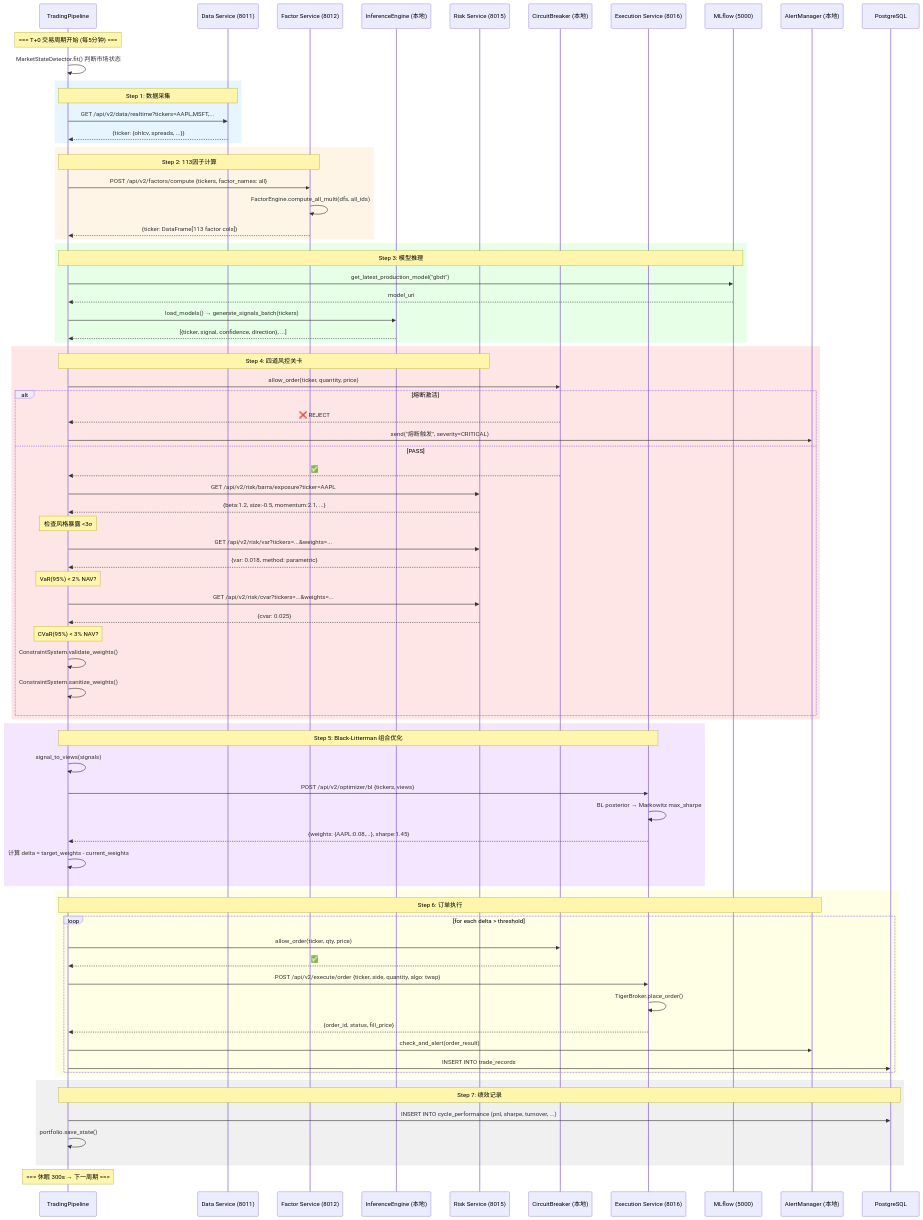
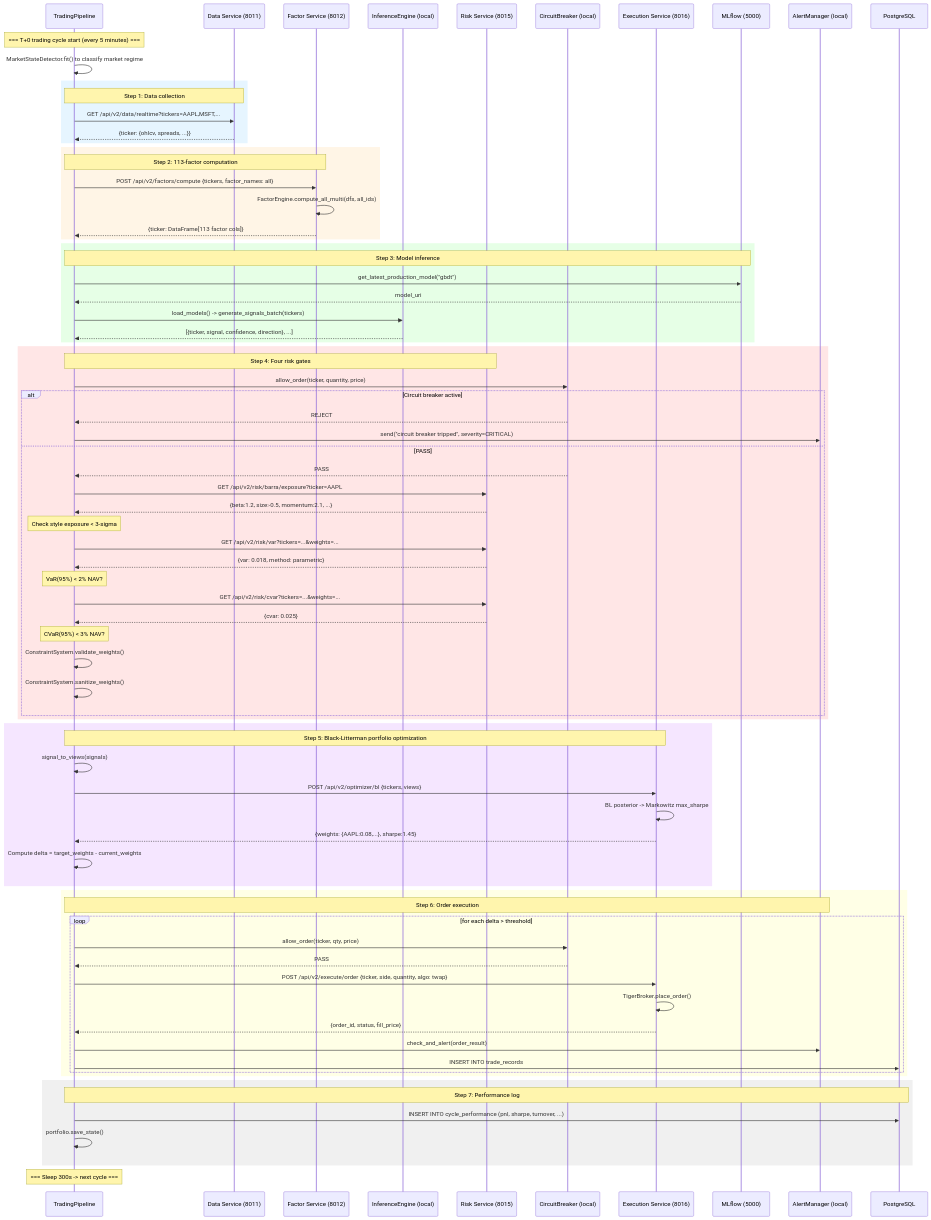
One commit to AndrewMa1992/quant-ai-trader changed the first of 2 diagrams in docs/IMPROVEMENT-PLAN.md. Above: the diagram before and after it, drawn with Mermaid. The commit also changed other lines of this file and 130 other files, not shown here.

````diff
--- a/docs/IMPROVEMENT-PLAN.md
+++ b/docs/IMPROVEMENT-PLAN.md
@@ -242,52 +242,52 @@
     participant Pipeline as TradingPipeline
     participant DataSvc as Data Service (8011)
     participant FactorSvc as Factor Service (8012)
-    participant InferEng as InferenceEngine (本地)
+    participant InferEng as InferenceEngine (local)
     participant RiskSvc as Risk Service (8015)
-    participant CB as CircuitBreaker (本地)
+    participant CB as CircuitBreaker (local)
     participant ExecSvc as Execution Service (8016)
     participant MLflow as MLflow (5000)
-    participant AlertMgr as AlertManager (本地)
+    participant AlertMgr as AlertManager (local)
     participant DB as PostgreSQL
 
-    Note over Pipeline: === T+0 交易周期开始 (每5分钟) ===
+    Note over Pipeline: === T+0 trading cycle start (every 5 minutes) ===
 
-    Pipeline->>Pipeline: MarketStateDetector.fit() 判断市场状态
+    Pipeline->>Pipeline: MarketStateDetector.fit() to classify market regime
 
     rect rgb(230, 245, 255)
-        Note over Pipeline,DataSvc: Step 1: 数据采集
+        Note over Pipeline,DataSvc: Step 1: Data collection
         Pipeline->>DataSvc: GET /api/v2/data/realtime?tickers=AAPL,MSFT,...
         DataSvc-->>Pipeline: {ticker: {ohlcv, spreads, ...}}
     end
 
     rect rgb(255, 245, 230)
-        Note over Pipeline,FactorSvc: Step 2: 113因子计算
+        Note over Pipeline,FactorSvc: Step 2: 113-factor computation
         Pipeline->>FactorSvc: POST /api/v2/factors/compute {tickers, factor_names: all}
         FactorSvc->>FactorSvc: FactorEngine.compute_all_multi(dfs, all_ids)
         FactorSvc-->>Pipeline: {ticker: DataFrame[113 factor cols]}
     end
 
     rect rgb(230, 255, 230)
-        Note over Pipeline,MLflow: Step 3: 模型推理
+        Note over Pipeline,MLflow: Step 3: Model inference
         Pipeline->>MLflow: get_latest_production_model("gbdt")
         MLflow-->>Pipeline: model_uri
-        Pipeline->>InferEng: load_models() → generate_signals_batch(tickers)
+        Pipeline->>InferEng: load_models() -> generate_signals_batch(tickers)
         InferEng-->>Pipeline: [{ticker, signal, confidence, direction}, ...]
     end
 
     rect rgb(255, 230, 230)
-        Note over Pipeline,RiskSvc: Step 4: 四道风控关卡
+        Note over Pipeline,RiskSvc: Step 4: Four risk gates
 
         Pipeline->>CB: allow_order(ticker, quantity, price)
-        alt 熔断激活
-            CB-->>Pipeline: ❌ REJECT
-            Pipeline->>AlertMgr: send("熔断触发", severity=CRITICAL)
+        alt Circuit breaker active
+            CB-->>Pipeline: REJECT
+            Pipeline->>AlertMgr: send("circuit breaker tripped", severity=CRITICAL)
         else PASS
-            CB-->>Pipeline: ✅
+            CB-->>Pipeline: PASS
 
             Pipeline->>RiskSvc: GET /api/v2/risk/barra/exposure?ticker=AAPL
             RiskSvc-->>Pipeline: {beta:1.2, size:-0.5, momentum:2.1, ...}
-            Note over Pipeline: 检查风格暴露 <3σ
+            Note over Pipeline: Check style exposure < 3-sigma
 
             Pipeline->>RiskSvc: GET /api/v2/risk/var?tickers=...&weights=...
             RiskSvc-->>Pipeline: {var: 0.018, method: parametric}
@@ -303,19 +303,19 @@
     end
 
     rect rgb(245, 230, 255)
-        Note over Pipeline,ExecSvc: Step 5: Black-Litterman 组合优化
+        Note over Pipeline,ExecSvc: Step 5: Black-Litterman portfolio optimization
         Pipeline->>Pipeline: signal_to_views(signals)
         Pipeline->>ExecSvc: POST /api/v2/optimizer/bl {tickers, views}
-        ExecSvc->>ExecSvc: BL posterior → Markowitz max_sharpe
+        ExecSvc->>ExecSvc: BL posterior -> Markowitz max_sharpe
         ExecSvc-->>Pipeline: {weights: {AAPL:0.08,...}, sharpe:1.45}
-        Pipeline->>Pipeline: 计算 delta = target_weights - current_weights
+        Pipeline->>Pipeline: Compute delta = target_weights - current_weights
     end
 
     rect rgb(255, 255, 230)
-        Note over Pipeline,AlertMgr: Step 6: 订单执行
+        Note over Pipeline,AlertMgr: Step 6: Order execution
         loop for each delta > threshold
             Pipeline->>CB: allow_order(ticker, qty, price)
-            CB-->>Pipeline: ✅
+            CB-->>Pipeline: PASS
             Pipeline->>ExecSvc: POST /api/v2/execute/order {ticker, side, quantity, algo: twap}
             ExecSvc->>ExecSvc: TigerBroker.place_order()
             ExecSvc-->>Pipeline: {order_id, status, fill_price}
@@ -325,10 +325,10 @@
     end
 
     rect rgb(240, 240, 240)
-        Note over Pipeline,DB: Step 7: 绩效记录
+        Note over Pipeline,DB: Step 7: Performance log
         Pipeline->>DB: INSERT INTO cycle_performance (pnl, sharpe, turnover, ...)
         Pipeline->>Pipeline: portfolio.save_state()
     end
 
-    Note over Pipeline: === 休眠 300s → 下一周期 ===
+    Note over Pipeline: === Sleep 300s -> next cycle ===
 ```
````
